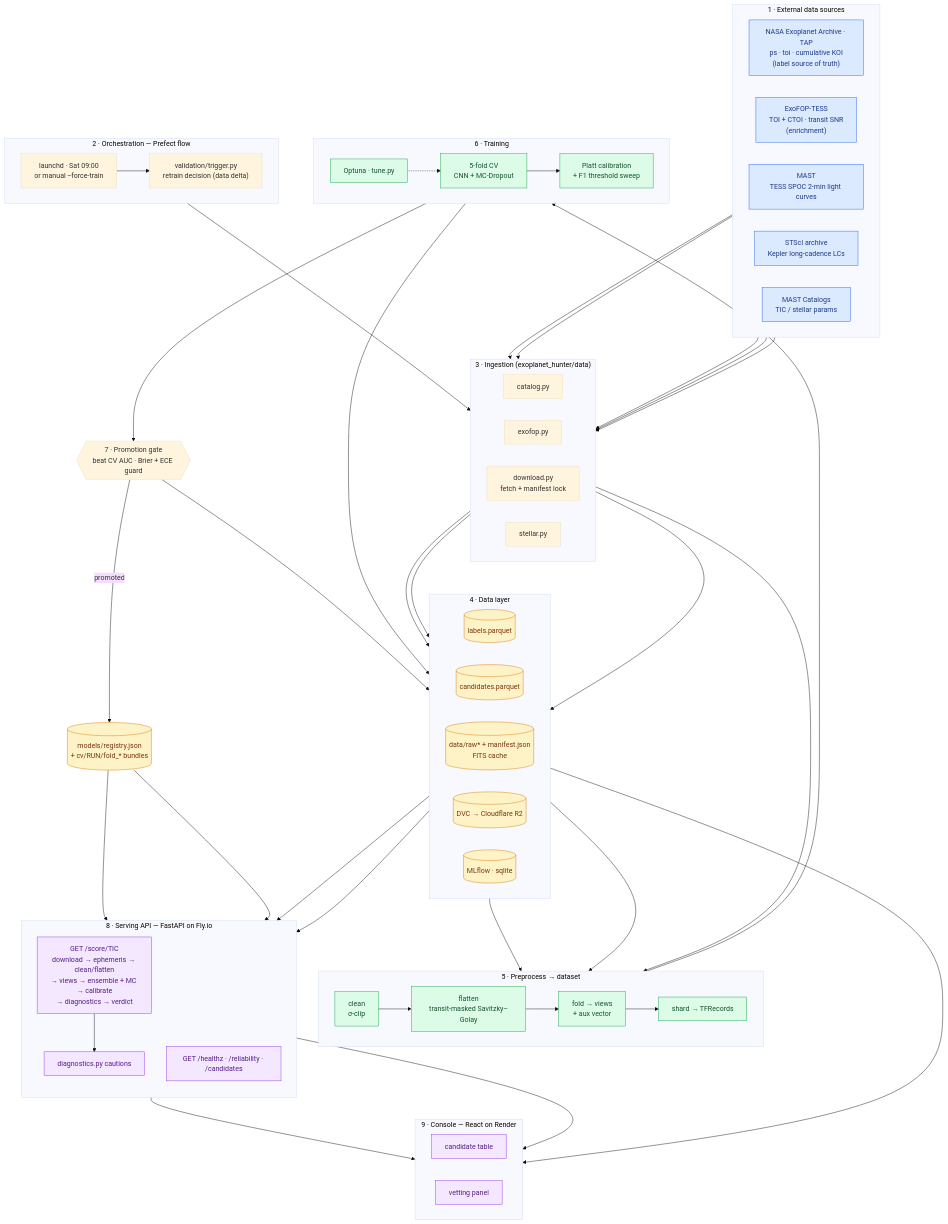
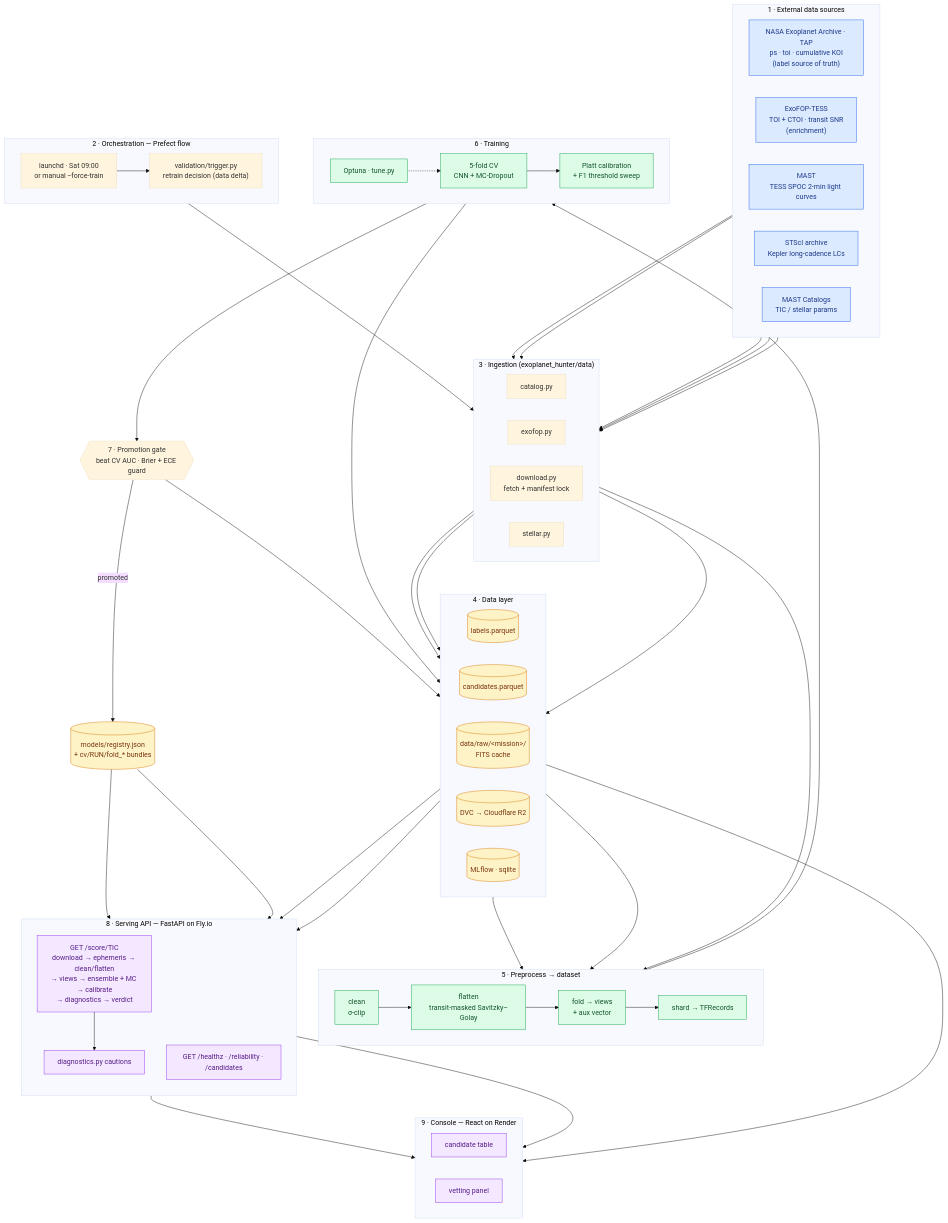
One commit to OliverDonaldson/exoplanet-hunter-v2 changed the diagram in docs/model_pipeline.md. Above: the diagram before and after it, drawn with Mermaid (base theme). The commit also changed 28 other files, not shown here.

First line of the commit message:
refactor(data): stage 1 — the raw caches divide by mission

```diff
--- a/docs/model_pipeline.md
+++ b/docs/model_pipeline.md
@@ -36,7 +36,7 @@
     direction LR
     LABELS[("labels.parquet")]
     CANDS[("candidates.parquet")]
-    RAW[("data/raw* + manifest.json<br/>FITS cache")]
+    RAW[("data/raw/&lt;mission&gt;/<br/>FITS cache")]
     DVC[("DVC → Cloudflare R2")]
     MLF[("MLflow · sqlite")]
   end
```
